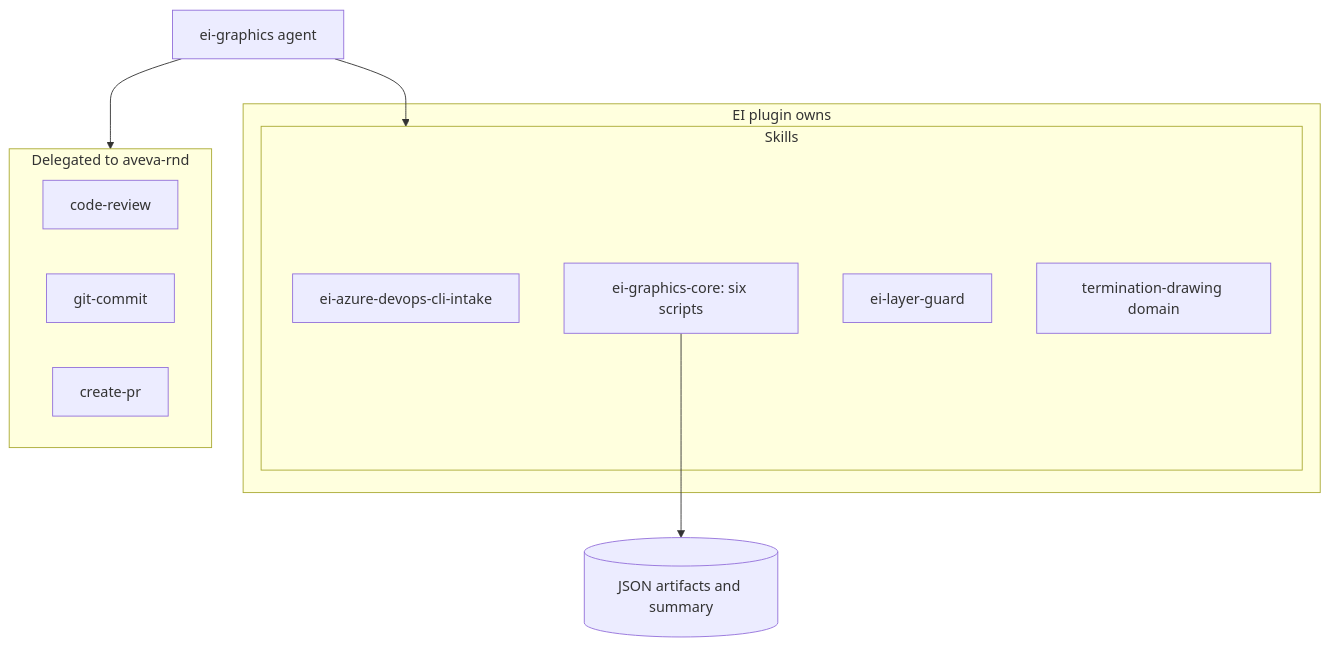
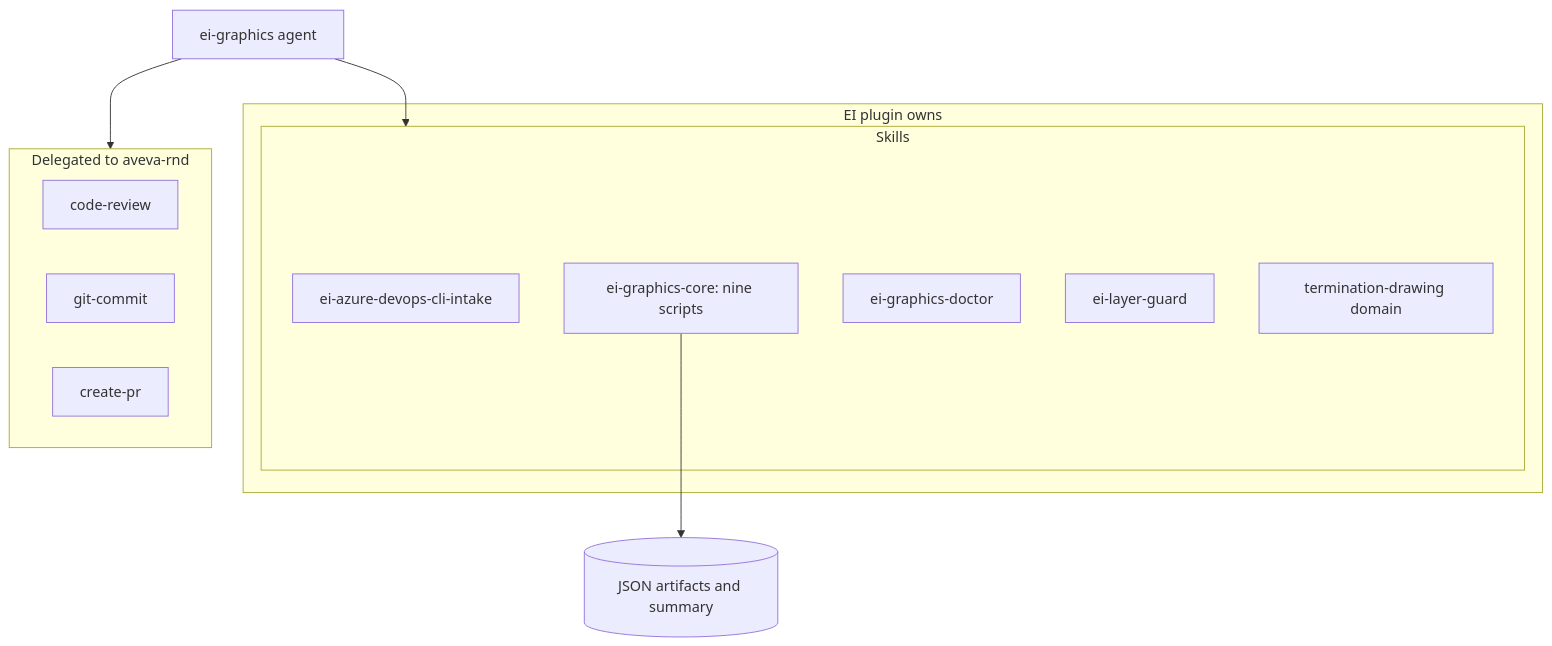
The diagram in docs/presentation/04-components.mmd (sidbhardwaj-aveva/ei-graphics-plugin), drawn with Mermaid before and after one commit. The commit also changed 4 other files, not shown here.

Commit message:
refactor: update architecture and workflow diagrams for clarity and detail

```diff
--- a/docs/presentation/04-components.mmd
+++ b/docs/presentation/04-components.mmd
@@ -1,21 +1,22 @@
 flowchart TB
     Agent["ei-graphics agent"]
 
     subgraph Owns["EI plugin owns"]
         subgraph SkillSet["Skills"]
             Intake["ei-azure-devops-cli-intake"]
-            Core["ei-graphics-core: six scripts"]
+            Core["ei-graphics-core: nine scripts"]
+            Doctor["ei-graphics-doctor"]
             Guard["ei-layer-guard"]
             Domain["termination-drawing domain"]
         end
     end
 
     subgraph Delegates["Delegated to aveva-rnd"]
         Review["code-review"]
         Commit["git-commit"]
         PR["create-pr"]
     end
 
     Agent --> SkillSet
     Agent --> Delegates
     Core --> Artifacts[("JSON artifacts and summary")]
```
